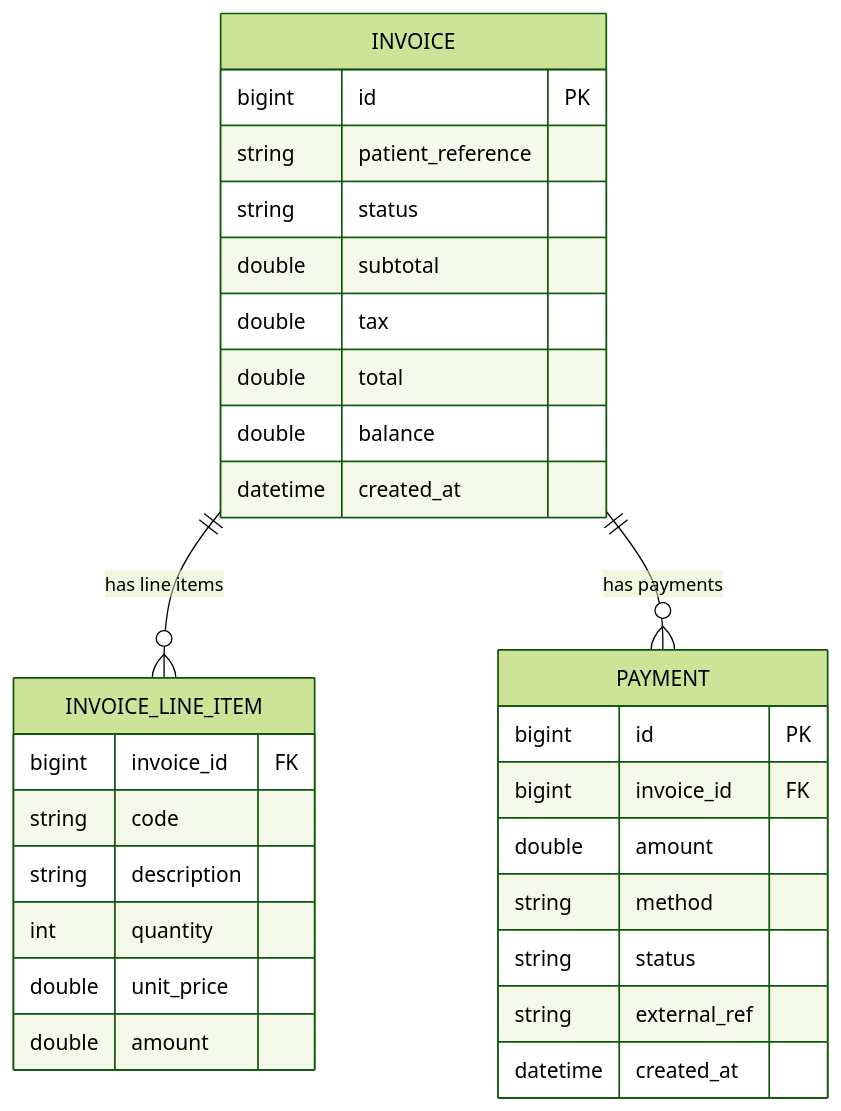
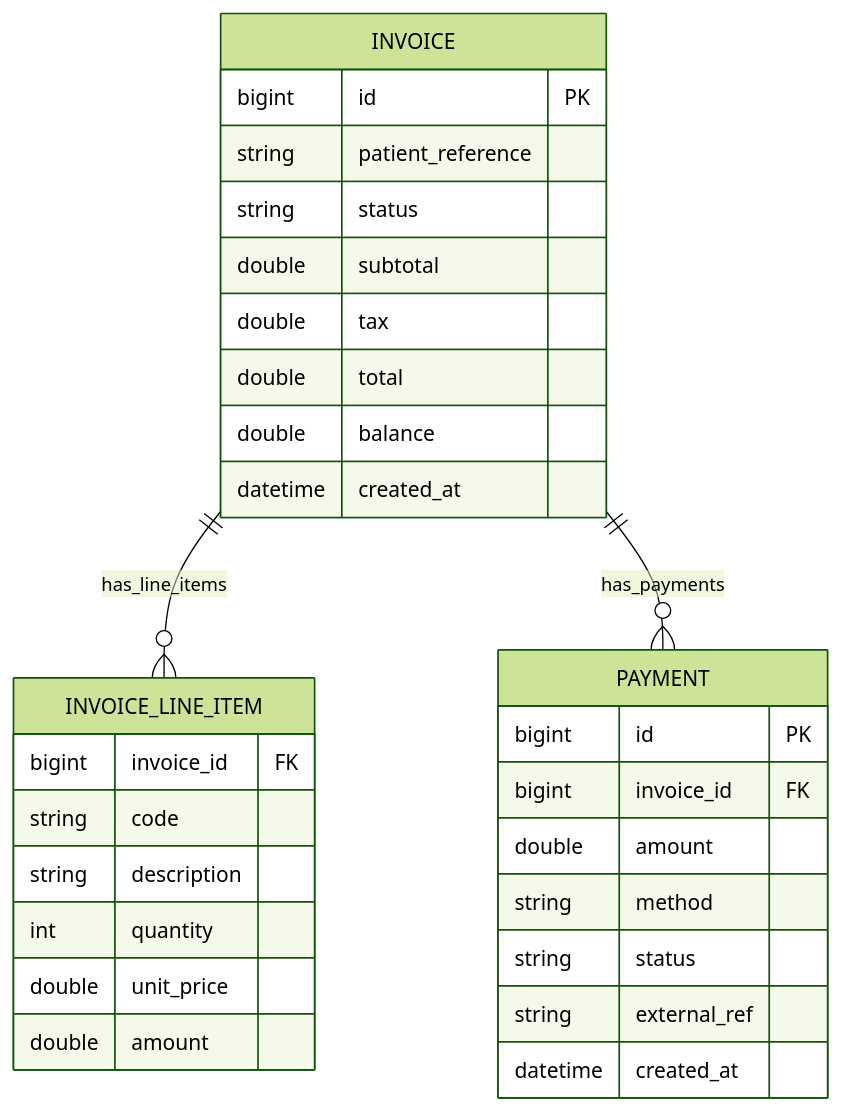
One commit to healthcare-mgmt/healthcare-mgmt-billing changed the second of 2 diagrams in docs/index.md. Above: the diagram before and after it, drawn with Mermaid (forest theme). The commit also changed other lines of this file, not shown here.

First line of the commit message:
Revise Billing Service documentation and diagrams

````diff
--- a/docs/index.md
+++ b/docs/index.md
@@ -58,35 +48,36 @@
 ```mermaid
 erDiagram
+
   INVOICE {
     bigint id PK
     string patient_reference
     string status
     double subtotal
     double tax
     double total
     double balance
     datetime created_at
   }
 
   INVOICE_LINE_ITEM {
     bigint invoice_id FK
     string code
     string description
     int quantity
     double unit_price
     double amount
   }
 
   PAYMENT {
     bigint id PK
     bigint invoice_id FK
     double amount
     string method
     string status
     string external_ref
     datetime created_at
   }
 
-  INVOICE ||--o{ INVOICE_LINE_ITEM : "has line items"
-  INVOICE ||--o{ PAYMENT : "has payments"
+  INVOICE ||--o{ INVOICE_LINE_ITEM : has_line_items
+  INVOICE ||--o{ PAYMENT : has_payments
 ```
````
